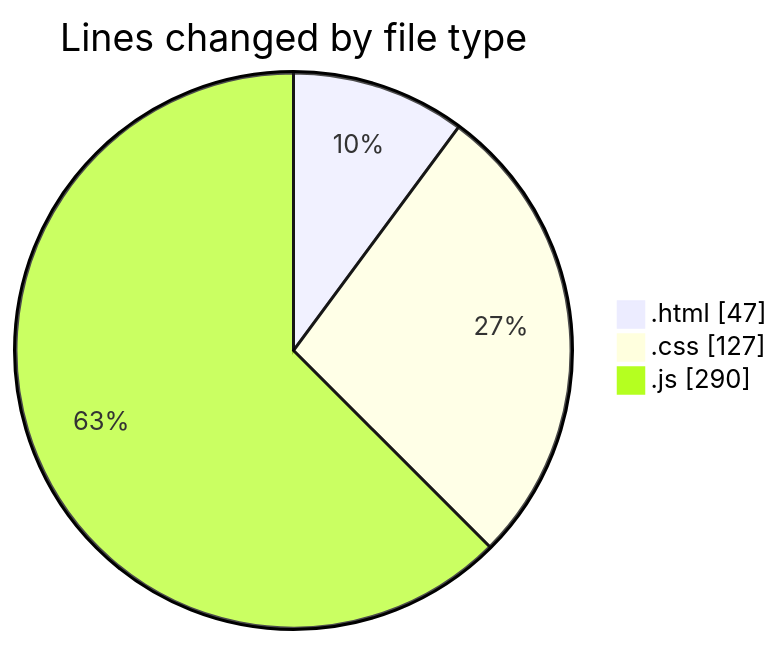
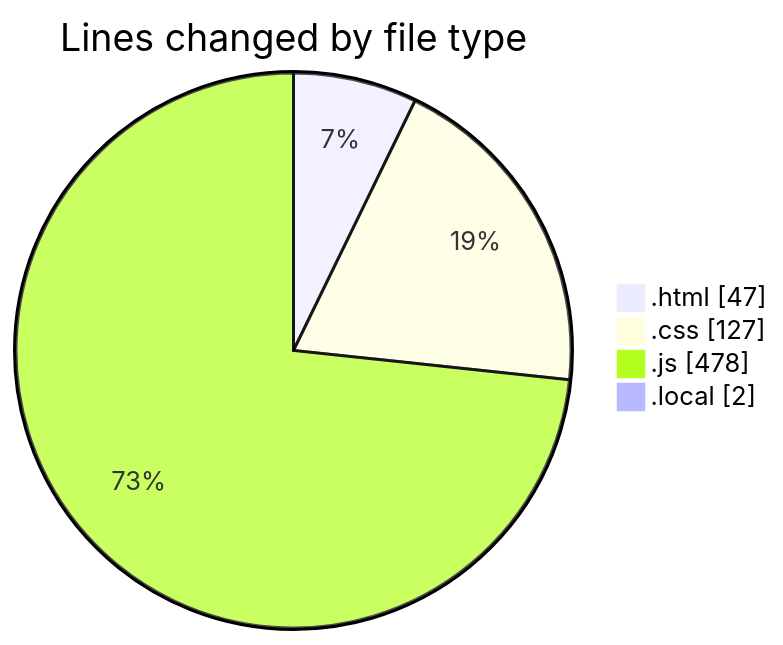
One commit to Ritupan-Deka/code-tracking changed the first of 2 diagrams in 2025-05-03/projects/README.md. Above: the diagram before and after it, drawn with Mermaid. The commit also changed other lines of this file and 1 other file, not shown here.

````diff
--- a/2025-05-03/projects/README.md
+++ b/2025-05-03/projects/README.md
@@ -22,7 +27,8 @@
 ```mermaid
 pie showData
 title Lines changed by file type
 ".html" : 47
 ".css" : 127
-".js" : 290
+".js" : 478
+".local" : 2
 ```
````
